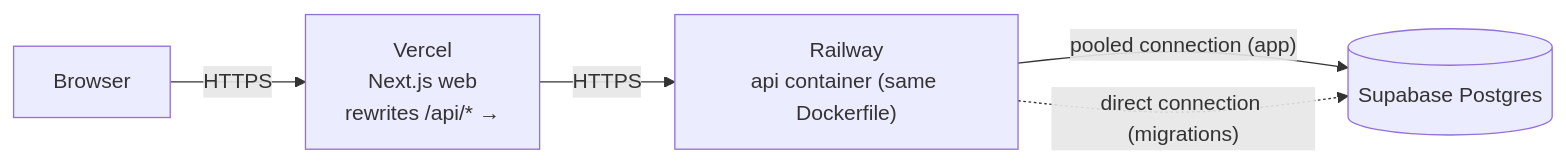
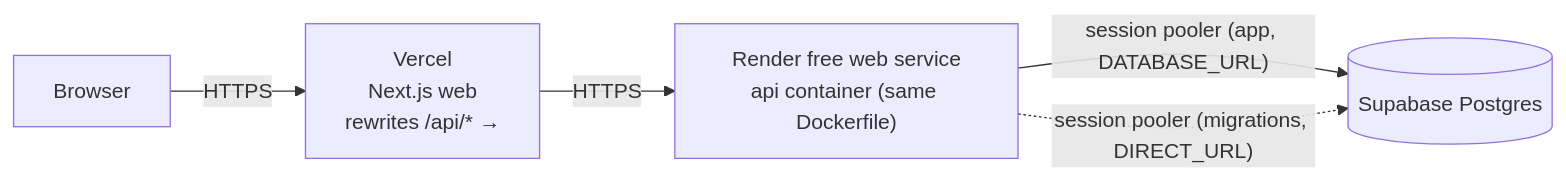
One commit to MahadiAhmed0/DhakaPool---Ride-Pooling-Shared-Fare-Platform changed the ninth of 9 diagrams in docs/ARCHITECTURE.md. Above: the diagram before and after it, drawn with Mermaid. The commit also changed other lines of this file and 3 other files, not shown here.

````diff
--- a/docs/ARCHITECTURE.md
+++ b/docs/ARCHITECTURE.md
@@ -480,7 +481,7 @@
 ```mermaid
 flowchart LR
     U["Browser"] -- HTTPS --> V["Vercel<br/>Next.js web<br/>rewrites /api/* →"]
-    V -- HTTPS --> R["Railway<br/>api container (same Dockerfile)"]
-    R -- "pooled connection (app)" --> S[("Supabase Postgres")]
-    R -. "direct connection (migrations)" .-> S
+    V -- HTTPS --> R["Render free web service<br/>api container (same Dockerfile)"]
+    R -- "session pooler (app, DATABASE_URL)" --> S[("Supabase Postgres")]
+    R -. "session pooler (migrations, DIRECT_URL)" .-> S
 ```
````
